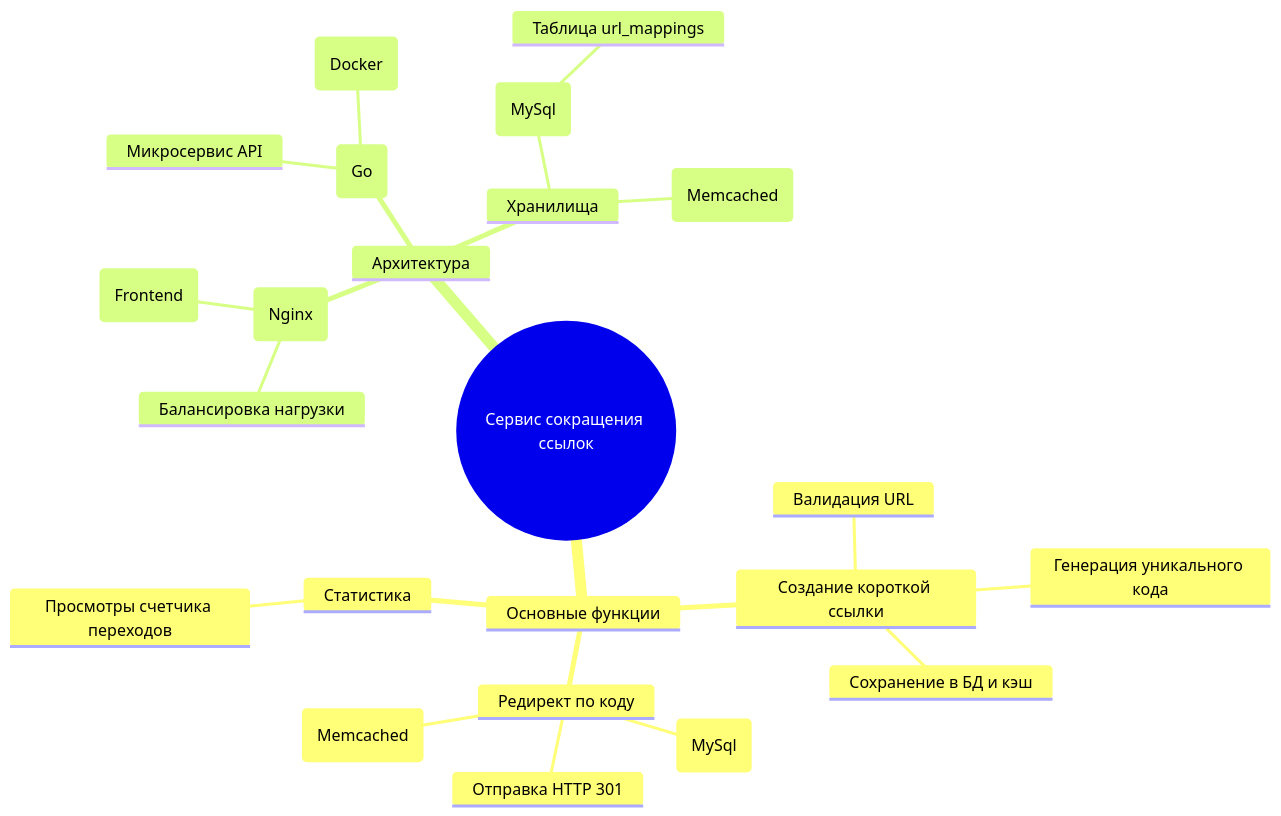
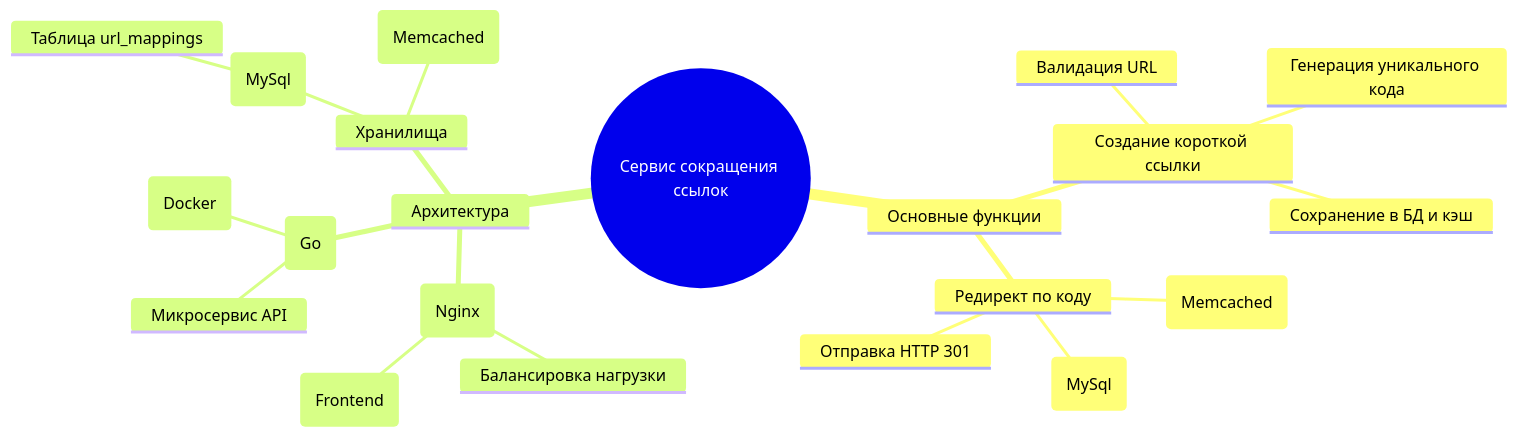
One commit to AlexanderEyzerman/proektirovanie_project changed the first of 8 diagrams in Сервис сокращения ссылок.md. Above: the diagram before and after it, drawn with Mermaid.

````diff
--- a/Сервис сокращения ссылок.md
+++ b/Сервис сокращения ссылок.md
@@ -39,27 +39,25 @@
 ```mermaid
 mindmap
   root((Сервис сокращения ссылок))
     Основные функции
       Создание короткой ссылки
         Валидация URL
         Генерация уникального кода
         Сохранение в БД и кэш
       Редирект по коду
         Поиск в кэше (Memcached)
         Поиск в БД (MySql)
         Отправка HTTP 301
-      Статистика
-        Просмотры счетчика переходов
     
     Архитектура
       Веб-сервер (Nginx)
         Балансировка нагрузки
         Раздача статики (Frontend)
       Бэкенд-сервис (Go)
         Микросервис API
         Контейнеризация (Docker)
       Хранилища
         Основная БД (MySql)
           Таблица url_mappings
         Кэш (Memcached)
 ```
````
